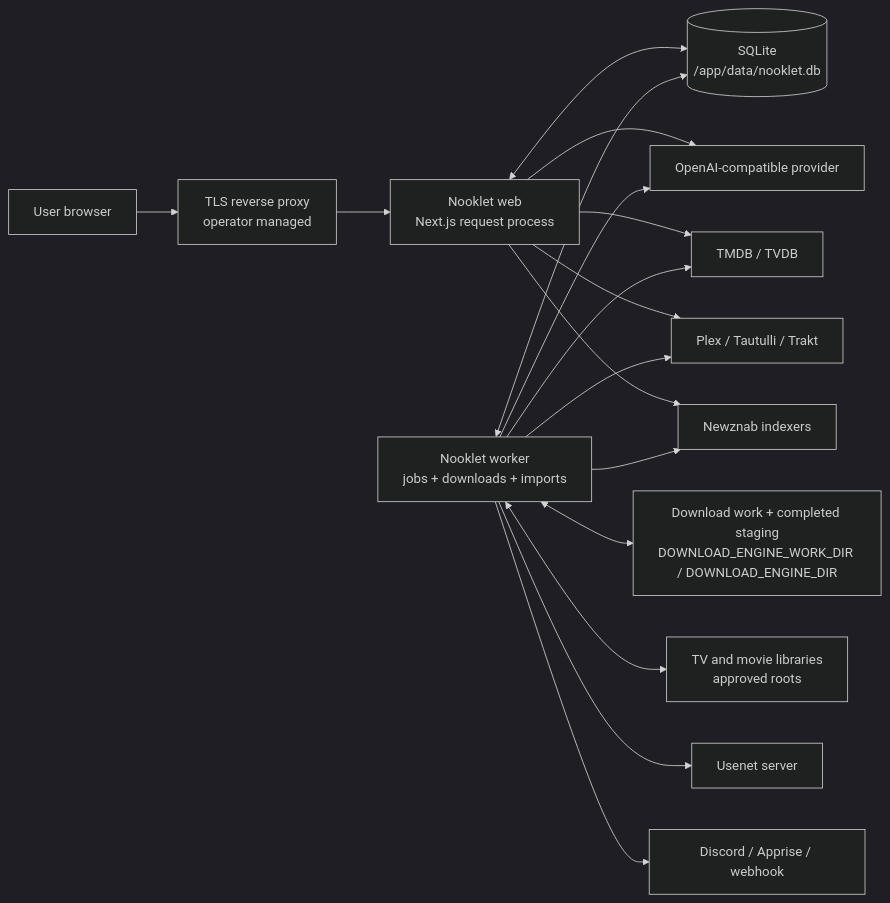
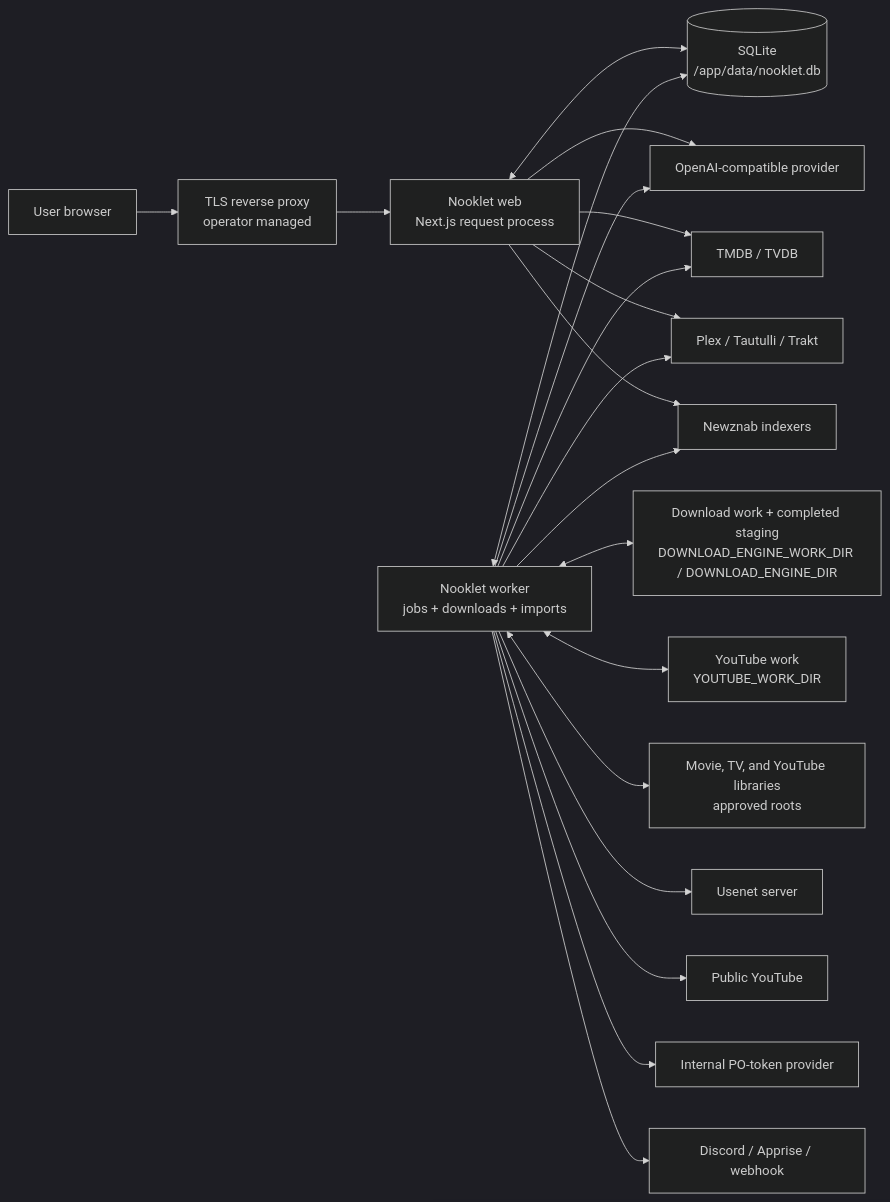
One commit to TannerMidd/Nooklet changed the first of 5 diagrams in docs/wiki/Architecture.md. Above: the diagram before and after it, drawn with Mermaid (dark theme). The commit also changed other lines of this file and 27 other files, not shown here.

````diff
--- a/docs/wiki/Architecture.md
+++ b/docs/wiki/Architecture.md
@@ -11,32 +11,38 @@
 ```mermaid
 flowchart LR
   Person["User browser"]
   Proxy["TLS reverse proxy\noperator managed"]
   App["Nooklet web\nNext.js request process"]
   Worker["Nooklet worker\njobs + downloads + imports"]
   DB[("SQLite\n/app/data/nooklet.db")]
   Stage["Download work + completed staging\nDOWNLOAD_ENGINE_WORK_DIR / DOWNLOAD_ENGINE_DIR"]
-  Media["TV and movie libraries\napproved roots"]
+  YouTubeWork["YouTube work\nYOUTUBE_WORK_DIR"]
+  Media["Movie, TV, and YouTube libraries\napproved roots"]
   AI["OpenAI-compatible provider"]
   Metadata["TMDB / TVDB"]
   History["Plex / Tautulli / Trakt"]
   Indexers["Newznab indexers"]
   News["Usenet server"]
+  YouTube["Public YouTube"]
+  Pot["Internal PO-token provider"]
   Notify["Discord / Apprise / webhook"]
 
   Person --> Proxy --> App
   App <--> DB
   Worker <--> DB
   Worker <--> Stage
+  Worker <--> YouTubeWork
   Worker <--> Media
   App --> AI
   App --> Metadata
   App --> History
   App --> Indexers
   Worker --> AI
   Worker --> Metadata
   Worker --> History
   Worker --> Indexers
   Worker --> News
+  Worker --> YouTube
+  Worker --> Pot
   Worker --> Notify
 ```
````
